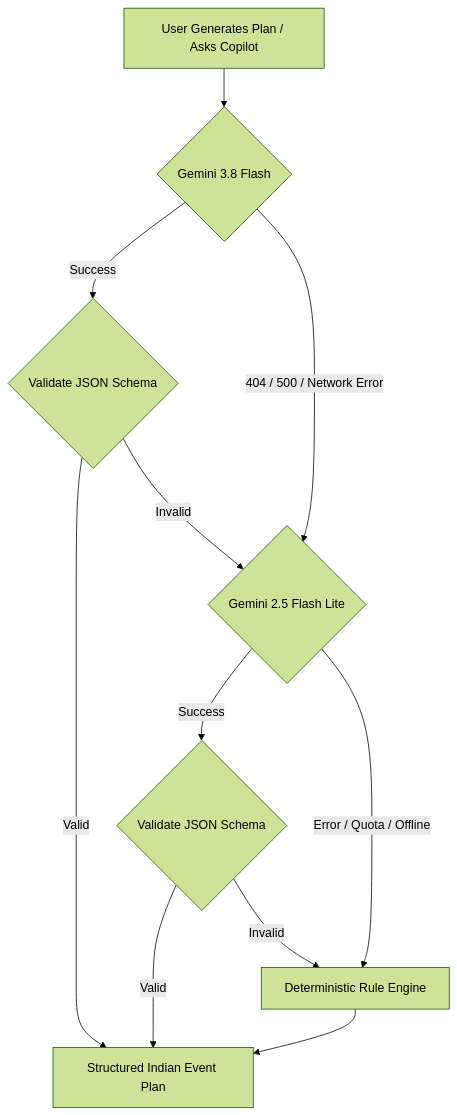
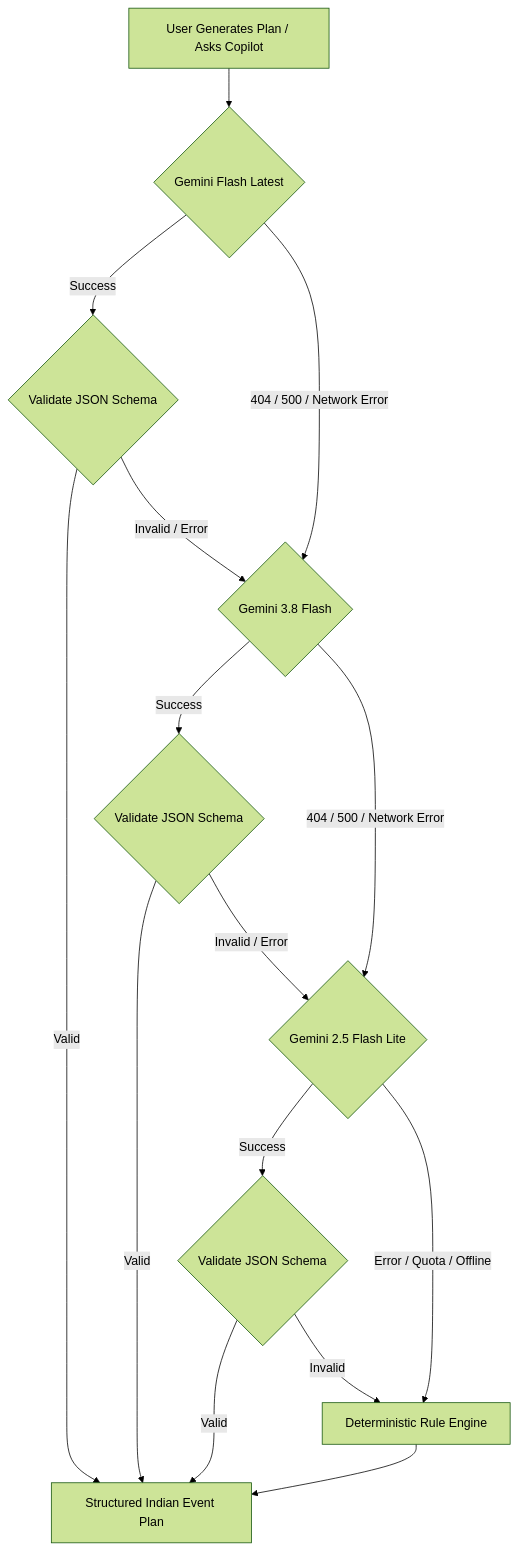
One commit to innocentgaming/virtual5 changed the second of 2 diagrams in README.md. Above: the diagram before and after it, drawn with Mermaid (forest theme). The commit also changed other lines of this file, not shown here.

Commit message:
docs: update README with what-if simulator, gemini-flash-latest tiering, 127 verified tests, and quickstart guide

````diff
--- a/README.md
+++ b/README.md
@@ -186,13 +195,17 @@
 ```mermaid
 graph TD
-    Prompt[User Generates Plan / Asks Copilot] --> Tier1{Gemini 3.8 Flash}
+    Prompt[User Generates Plan / Asks Copilot] --> Tier1{Gemini Flash Latest}
     Tier1 -- Success --> Valid1{Validate JSON Schema}
     Valid1 -- Valid --> Output[Structured Indian Event Plan]
-    Valid1 -- Invalid --> Tier2{Gemini 2.5 Flash Lite}
+    Valid1 -- Invalid / Error --> Tier2{Gemini 3.8 Flash}
     Tier1 -- 404 / 500 / Network Error --> Tier2
     Tier2 -- Success --> Valid2{Validate JSON Schema}
     Valid2 -- Valid --> Output
-    Valid2 -- Invalid --> Fallback[Deterministic Rule Engine]
-    Tier2 -- Error / Quota / Offline --> Fallback
+    Valid2 -- Invalid / Error --> Tier3{Gemini 2.5 Flash Lite}
+    Tier2 -- 404 / 500 / Network Error --> Tier3
+    Tier3 -- Success --> Valid3{Validate JSON Schema}
+    Valid3 -- Valid --> Output
+    Tier3 -- Error / Quota / Offline --> Fallback[Deterministic Rule Engine]
+    Valid3 -- Invalid --> Fallback
     Fallback --> Output
 ```
````
